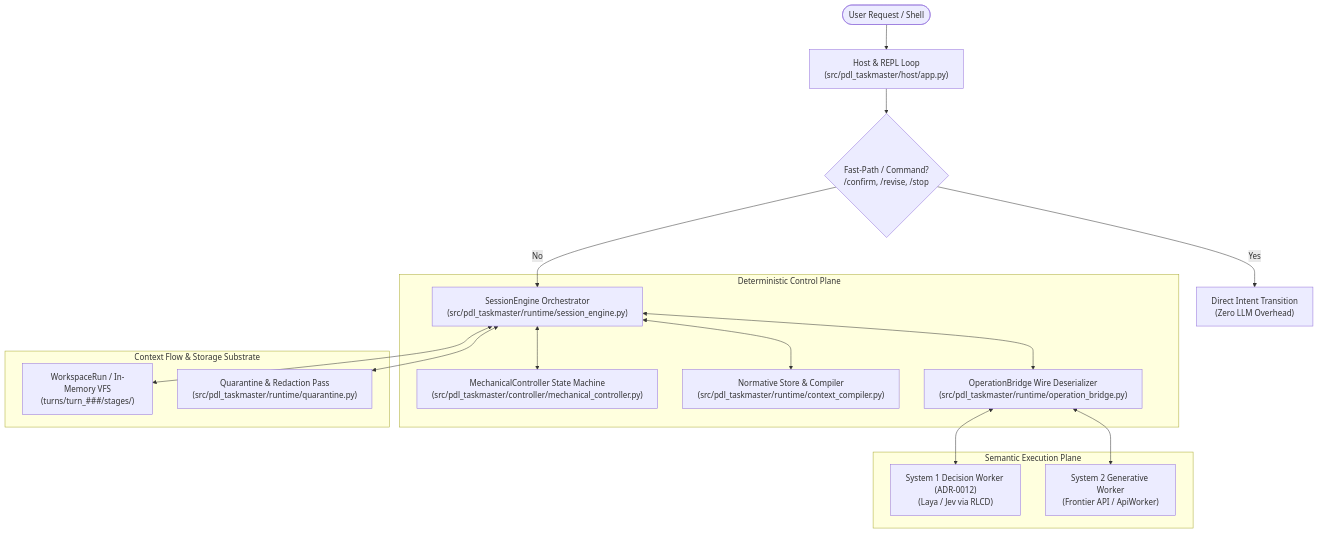
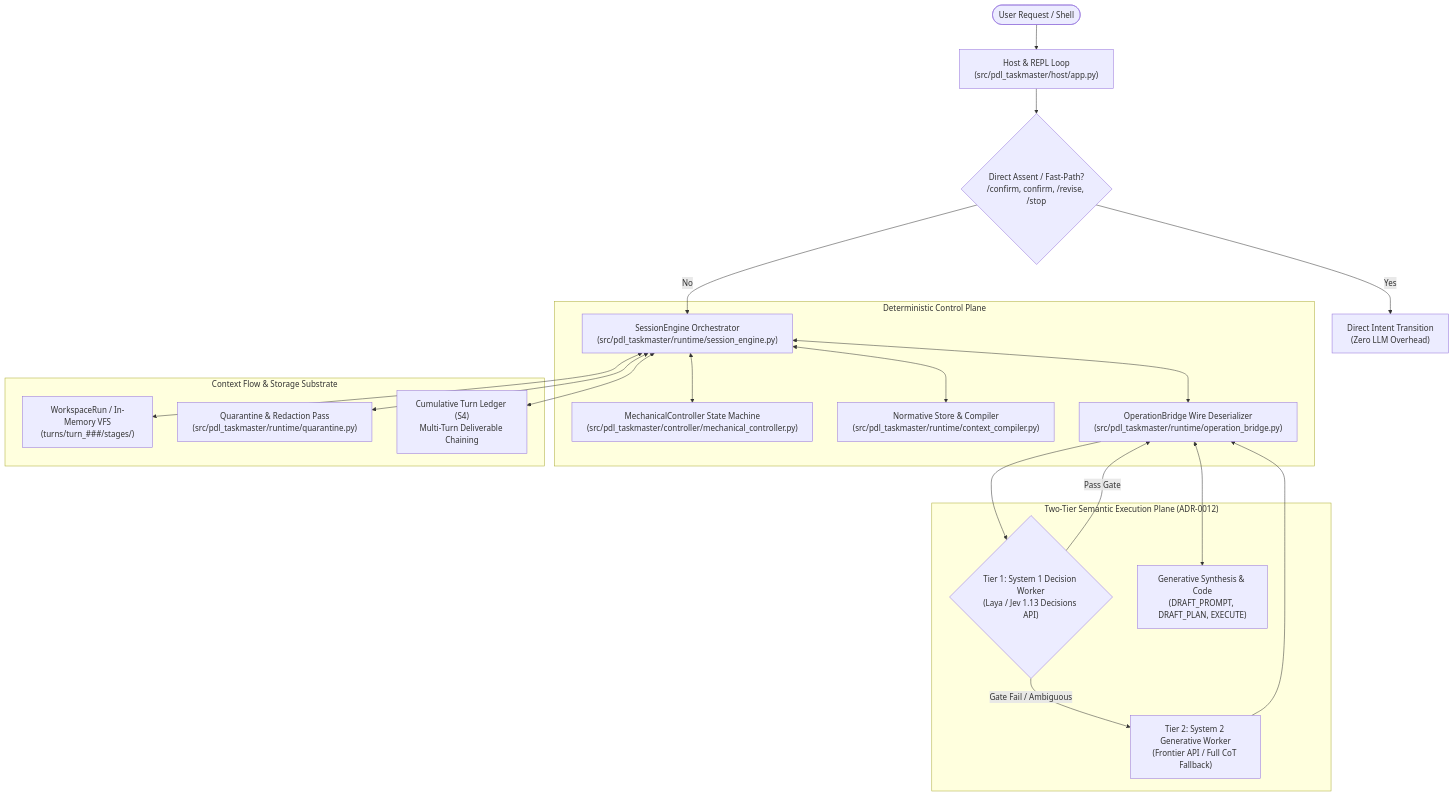
One commit to paragon-ux/PDL-Standard-REPL-Harness changed the first of 5 diagrams in ARCHITECTURE.md. Above: the diagram before and after it, drawn with Mermaid. The commit also changed other lines of this file and 6 other files, not shown here.

Commit message:
feat(wire): codify ADR-0014 dual-plane boundary architecture and Pydantic wire contract validation

````diff
--- a/ARCHITECTURE.md
+++ b/ARCHITECTURE.md
@@ -19,23 +19,27 @@
 ```mermaid
 graph TD
     User([User Request / Shell]) --> REPL["Host & REPL Loop<br/>(src/pdl_taskmaster/host/app.py)"]
-    REPL --> FastPath{Fast-Path / Command?<br/>/confirm, /revise, /stop}
+    REPL --> FastPath{Direct Assent / Fast-Path?<br/>/confirm, confirm, /revise, /stop}
     FastPath -- Yes --> ManualReview["Direct Intent Transition<br/>(Zero LLM Overhead)"]
     FastPath -- No --> Engine["SessionEngine Orchestrator<br/>(src/pdl_taskmaster/runtime/session_engine.py)"]
 
     subgraph Governance ["Deterministic Control Plane"]
         Engine <--> Controller["MechanicalController State Machine<br/>(src/pdl_taskmaster/controller/mechanical_controller.py)"]
         Engine <--> NormStore["Normative Store & Compiler<br/>(src/pdl_taskmaster/runtime/context_compiler.py)"]
         Engine <--> Bridge["OperationBridge Wire Deserializer<br/>(src/pdl_taskmaster/runtime/operation_bridge.py)"]
     end
 
     subgraph DataPlane ["Context Flow & Storage Substrate"]
         Engine <--> VFS["WorkspaceRun / In-Memory VFS<br/>(turns/turn_###/stages/)"]
         Engine <--> Redaction["Quarantine & Redaction Pass<br/>(src/pdl_taskmaster/runtime/quarantine.py)"]
+        Engine <--> Ledger["Cumulative Turn Ledger (S4)<br/>Multi-Turn Deliverable Chaining"]
     end
 
-    subgraph Workers ["Semantic Execution Plane"]
-        Bridge <--> System1["System 1 Decision Worker (ADR-0012)<br/>(Laya / Jev via RLCD)"]
-        Bridge <--> System2["System 2 Generative Worker<br/>(Frontier API / ApiWorker)"]
+    subgraph Workers ["Two-Tier Semantic Execution Plane (ADR-0012)"]
+        Bridge --> S1Router{"Tier 1: System 1 Decision Worker<br/>(Laya / Jev 1.13 Decisions API)"}
+        S1Router -- Pass Gate --> Bridge
+        S1Router -- Gate Fail / Ambiguous --> S2Worker["Tier 2: System 2 Generative Worker<br/>(Frontier API / Full CoT Fallback)"]
+        S2Worker --> Bridge
+        Bridge <--> S2DraftExec["Generative Synthesis & Code<br/>(DRAFT_PROMPT, DRAFT_PLAN, EXECUTE)"]
     end
 ```
````
